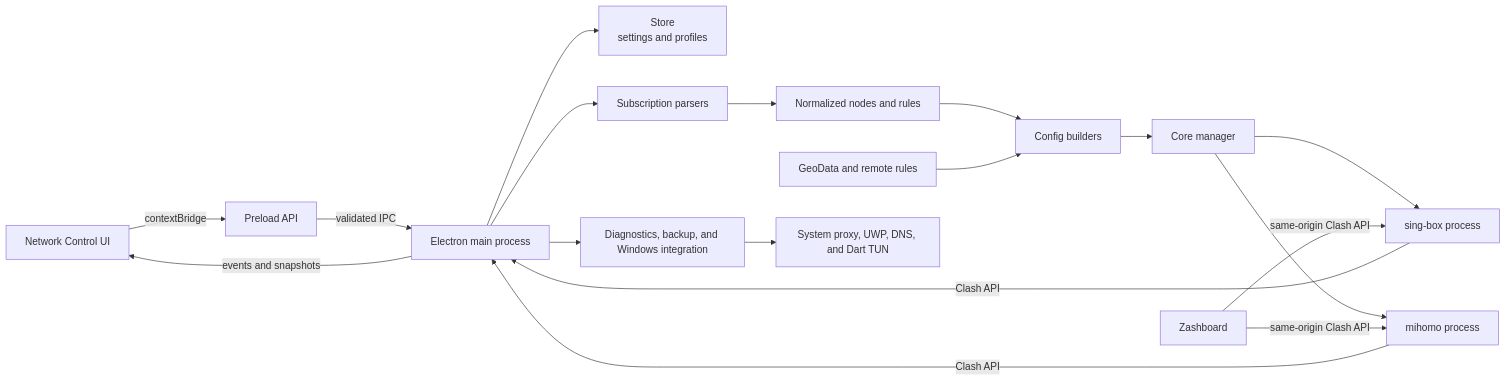
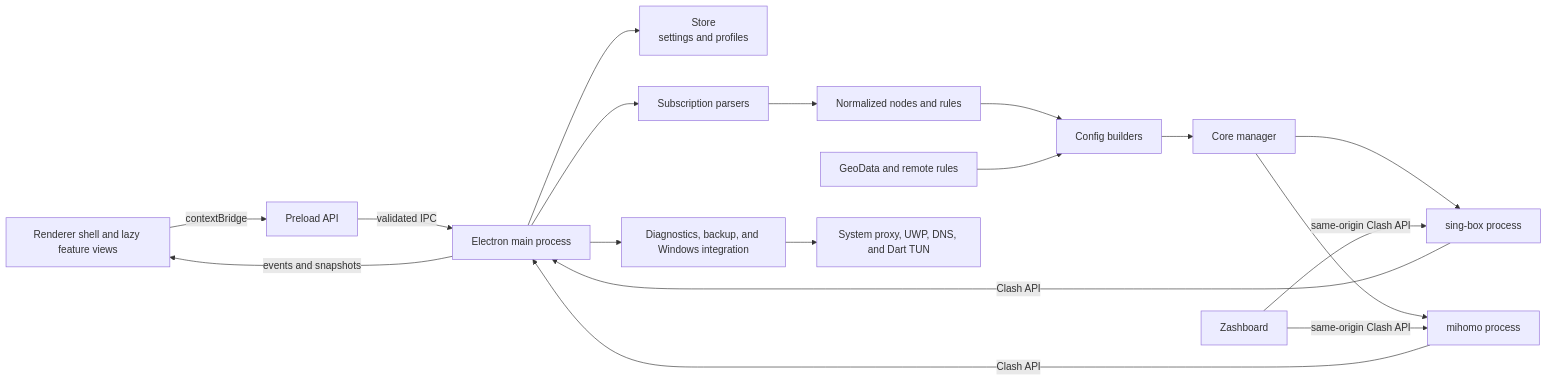
Before and after one commit to blakebill/dart: the diagram in README.md, drawn with Mermaid. The commit also changed other lines of this file and 62 other files, not shown here.

````diff
--- a/README.md
+++ b/README.md
@@ -69,24 +62,24 @@
 ```mermaid
 flowchart LR
-    UI["Network Control UI"] -->|"contextBridge"| PRELOAD["Preload API"]
+    UI["Renderer shell and lazy feature views"] -->|"contextBridge"| PRELOAD["Preload API"]
     PRELOAD -->|"validated IPC"| MAIN["Electron main process"]
 
     MAIN --> STORE["Store\nsettings and profiles"]
     MAIN --> SUB["Subscription parsers"]
     MAIN --> TOOLS["Diagnostics, backup, and Windows integration"]
     SUB --> MODEL["Normalized nodes and rules"]
     MODEL --> CONVERT["Config builders"]
 
     CONVERT --> MANAGER["Core manager"]
     MANAGER --> SB["sing-box process"]
     MANAGER --> MH["mihomo process"]
 
     SB -->|"Clash API"| MAIN
     MH -->|"Clash API"| MAIN
     MAIN -->|"events and snapshots"| UI
 
     GEO["GeoData and remote rules"] --> CONVERT
     TOOLS --> SYSTEM["System proxy, UWP, DNS, and Dart TUN"]
     PANEL["Zashboard"] -->|"same-origin Clash API"| SB
     PANEL -->|"same-origin Clash API"| MH
 ```
````
